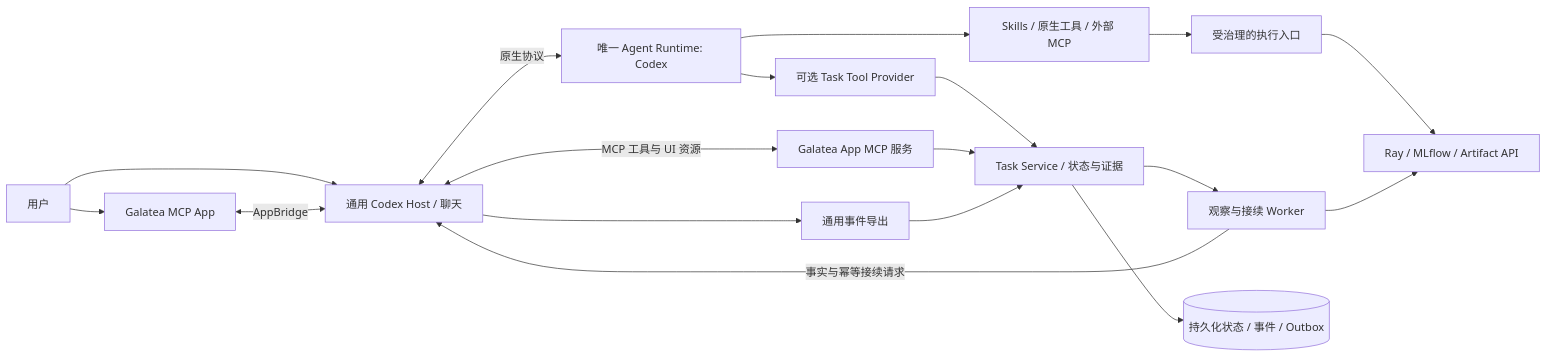
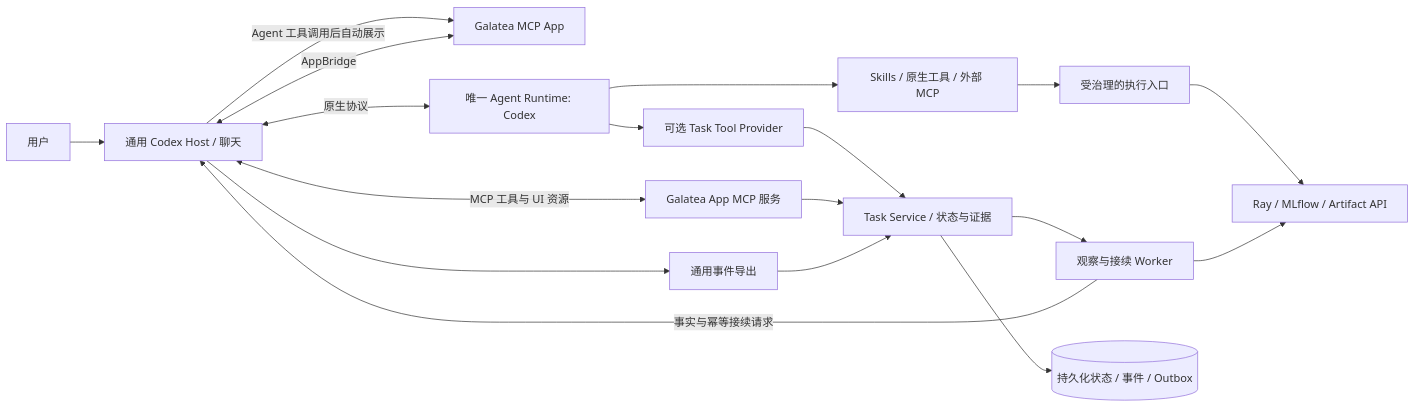
One commit to lunasaw/Galatea changed the diagram in agents/galatea-app/docs/README.md. Above: the diagram before and after it, drawn with Mermaid. The commit also changed other lines of this file and 204 other files, not shown here.

````diff
--- a/agents/galatea-app/docs/README.md
+++ b/agents/galatea-app/docs/README.md
@@ -44,20 +48,20 @@
 ```mermaid
 flowchart LR
     U[用户] --> H[通用 Codex Host / 聊天]
-    U --> A[Galatea MCP App]
+    H -->|Agent 工具调用后自动展示| A[Galatea MCP App]
     A <-->|AppBridge| H
     H <-->|MCP 工具与 UI 资源| M[Galatea App MCP 服务]
     H <-->|原生协议| C[唯一 Agent Runtime: Codex]
     C --> P[可选 Task Tool Provider]
     P --> T[Task Service / 状态与证据]
     M --> T
     C --> S[Skills / 原生工具 / 外部 MCP]
     S --> E[受治理的执行入口]
     E --> R[Ray / MLflow / Artifact API]
     H --> X[通用事件导出]
     X --> T
     T --> W[观察与接续 Worker]
     W --> R
     W -->|事实与幂等接续请求| H
     T --> DB[(持久化状态 / 事件 / Outbox)]
 ```
````
